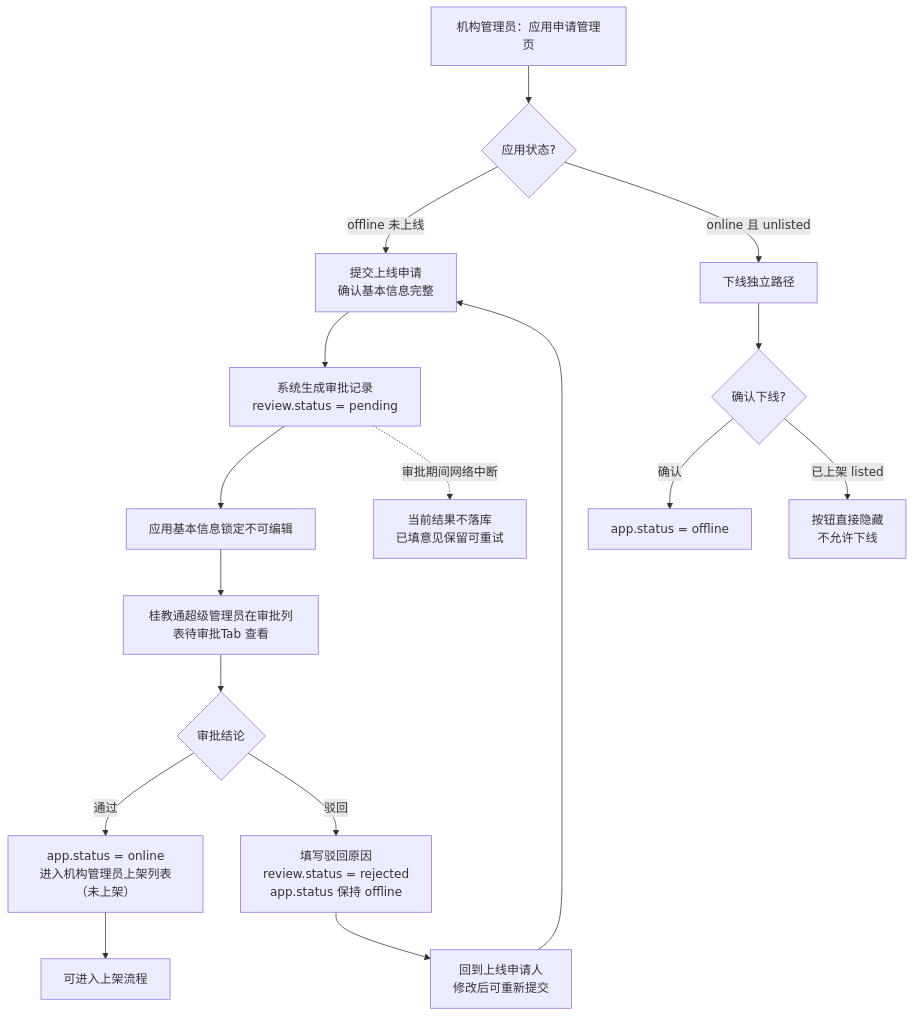
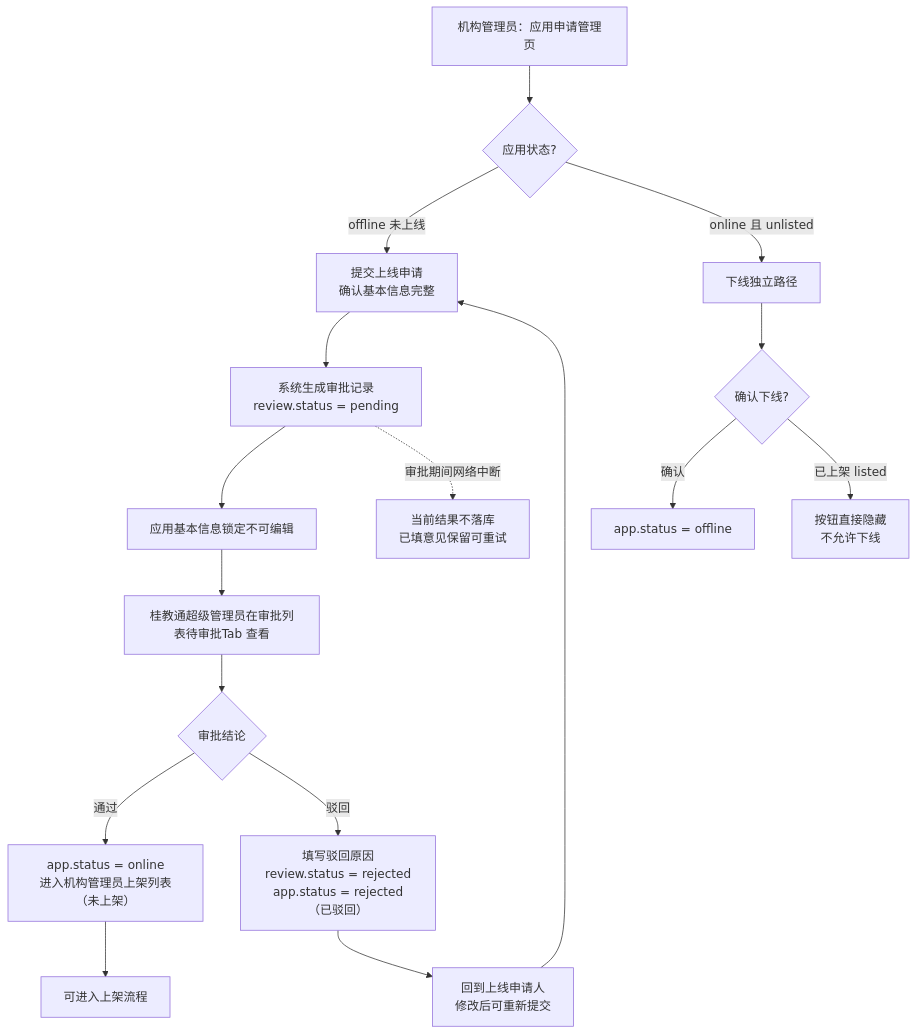
One commit to sunmei119/restore changed the first of 4 diagrams in output/prd/prd.md. Above: the diagram before and after it, drawn with Mermaid. The commit also changed other lines of this file and 2 other files, not shown here.

````diff
--- a/output/prd/prd.md
+++ b/output/prd/prd.md
@@ -45,19 +45,19 @@
 ```mermaid
 flowchart TD
     A["机构管理员：应用申请管理页"] --> B{"应用状态?"}
     B -->|"offline 未上线"| C["提交上线申请<br/>确认基本信息完整"]
     B -->|"online 且 unlisted"| Z["下线独立路径"]
     C --> D["系统生成审批记录<br/>review.status = pending"]
     D --> E["应用基本信息锁定不可编辑"]
     E --> F["桂教通超级管理员在审批列表待审批Tab 查看"]
     F --> G{"审批结论"}
     G -->|"通过"| H["app.status = online<br/>进入机构管理员上架列表（未上架）"]
-    G -->|"驳回"| I["填写驳回原因<br/>review.status = rejected<br/>app.status 保持 offline"]
+    G -->|"驳回"| I["填写驳回原因<br/>review.status = rejected<br/>app.status = rejected（已驳回）"]
     I --> J["回到上线申请人<br/>修改后可重新提交"]
     J --> C
     H --> K["可进入上架流程"]
     Z --> Z1{"确认下线?"}
     Z1 -->|"确认"| Z2["app.status = offline"]
     Z1 -->|"已上架 listed"| Z3["按钮直接隐藏<br/>不允许下线"]
     D -. "审批期间网络中断" .-> D1["当前结果不落库<br/>已填意见保留可重试"]
 ```
````
